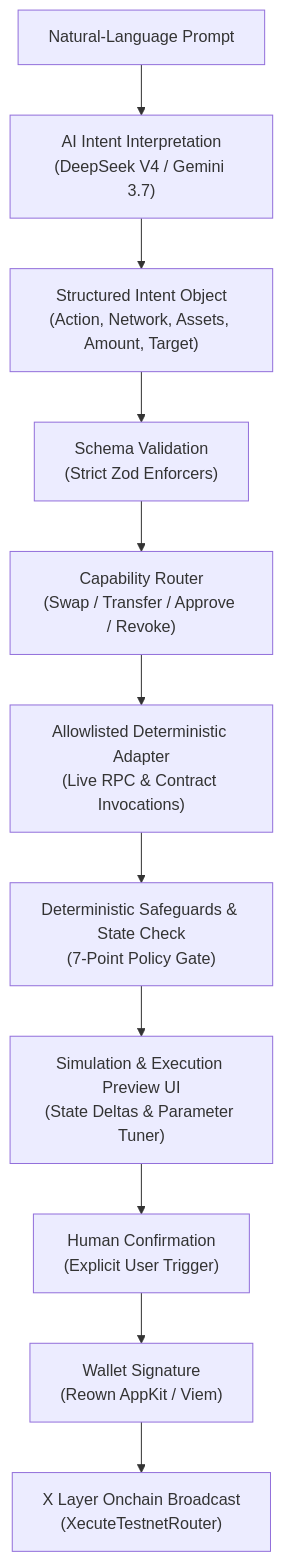
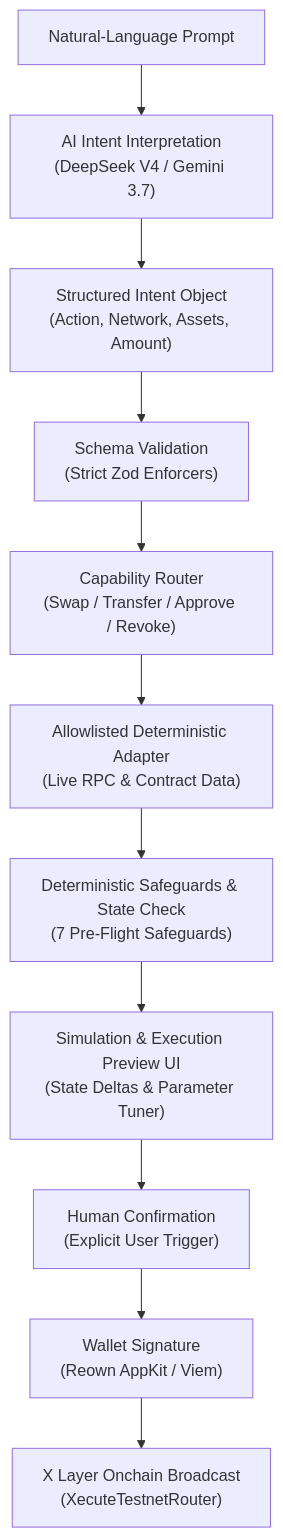
The diagram in README.md (eugenennamdi/xecute), drawn with Mermaid before and after one commit. The commit also changed other lines of this file, not shown here.

````diff
--- a/README.md
+++ b/README.md
@@ -227,13 +54,13 @@
 ```mermaid
 flowchart TD
     Prompt["Natural-Language Prompt"] --> Interpret["AI Intent Interpretation<br/>(DeepSeek V4 / Gemini 3.7)"]
-    Interpret --> Intent["Structured Intent Object<br/>(Action, Network, Assets, Amount, Target)"]
+    Interpret --> Intent["Structured Intent Object<br/>(Action, Network, Assets, Amount)"]
     Intent --> Schema["Schema Validation<br/>(Strict Zod Enforcers)"]
     Schema --> Router["Capability Router<br/>(Swap / Transfer / Approve / Revoke)"]
-    Router --> Adapter["Allowlisted Deterministic Adapter<br/>(Live RPC & Contract Invocations)"]
-    Adapter --> Safeguards["Deterministic Safeguards & State Check<br/>(7-Point Policy Gate)"]
+    Router --> Adapter["Allowlisted Deterministic Adapter<br/>(Live RPC & Contract Data)"]
+    Adapter --> Safeguards["Deterministic Safeguards & State Check<br/>(7 Pre-Flight Safeguards)"]
     Safeguards --> Preview["Simulation & Execution Preview UI<br/>(State Deltas & Parameter Tuner)"]
     Preview --> Confirm["Human Confirmation<br/>(Explicit User Trigger)"]
     Confirm --> Sign["Wallet Signature<br/>(Reown AppKit / Viem)"]
     Sign --> Broadcast["X Layer Onchain Broadcast<br/>(XecuteTestnetRouter)"]
 ```
````
